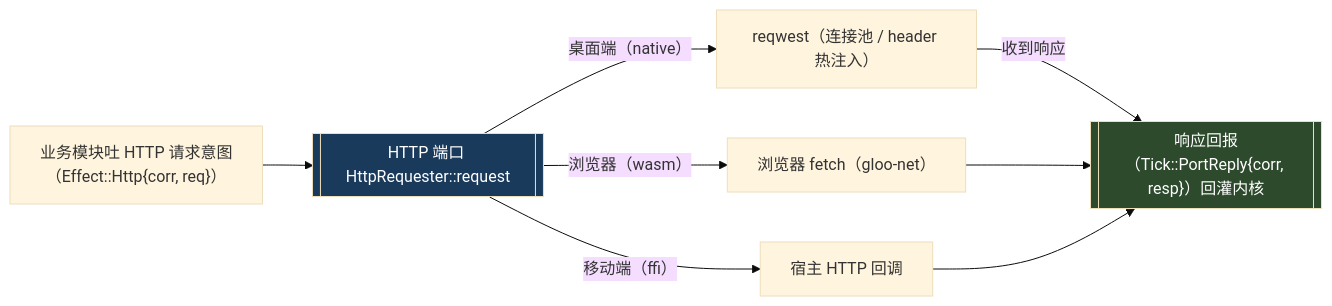
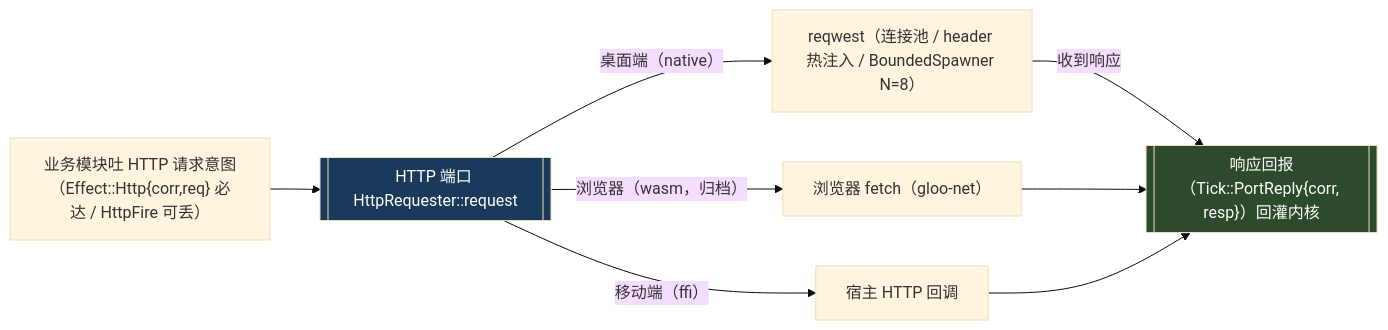
Before and after one commit to zxs1633079383/helix: the tenth of 27 diagrams in docs/过会方案/helix-core-im-架构设计.md, drawn with Mermaid (base theme). The commit also changed other lines of this file and 42 other files, not shown here.

````diff
--- a/docs/过会方案/helix-core-im-架构设计.md
+++ b/docs/过会方案/helix-core-im-架构设计.md
@@ -345,12 +349,12 @@
 ```mermaid
 flowchart LR
-    M["业务模块吐 HTTP 请求意图<br/>（Effect::Http{corr, req}）"] --> P[["HTTP 端口 HttpRequester::request"]]
-    P -->|"桌面端（native）"| N["reqwest（连接池 / header 热注入）"]
-    P -->|"浏览器（wasm）"| W["浏览器 fetch（gloo-net）"]
+    M["业务模块吐 HTTP 请求意图<br/>（Effect::Http{corr,req} 必达 / HttpFire 可丢）"] --> P[["HTTP 端口 HttpRequester::request"]]
+    P -->|"桌面端（native）"| N["reqwest（连接池 / header 热注入 / BoundedSpawner N=8）"]
+    P -->|"浏览器（wasm，归档）"| W["浏览器 fetch（gloo-net）"]
     P -->|"移动端（ffi）"| F["宿主 HTTP 回调"]
     N -->|"收到响应"| R[["响应回报（Tick::PortReply{corr, resp}）回灌内核"]]
     W --> R
     F --> R
     style P fill:#1a3a5c,color:#fff
     style R fill:#2d4a2d,color:#fff
 ```
````
